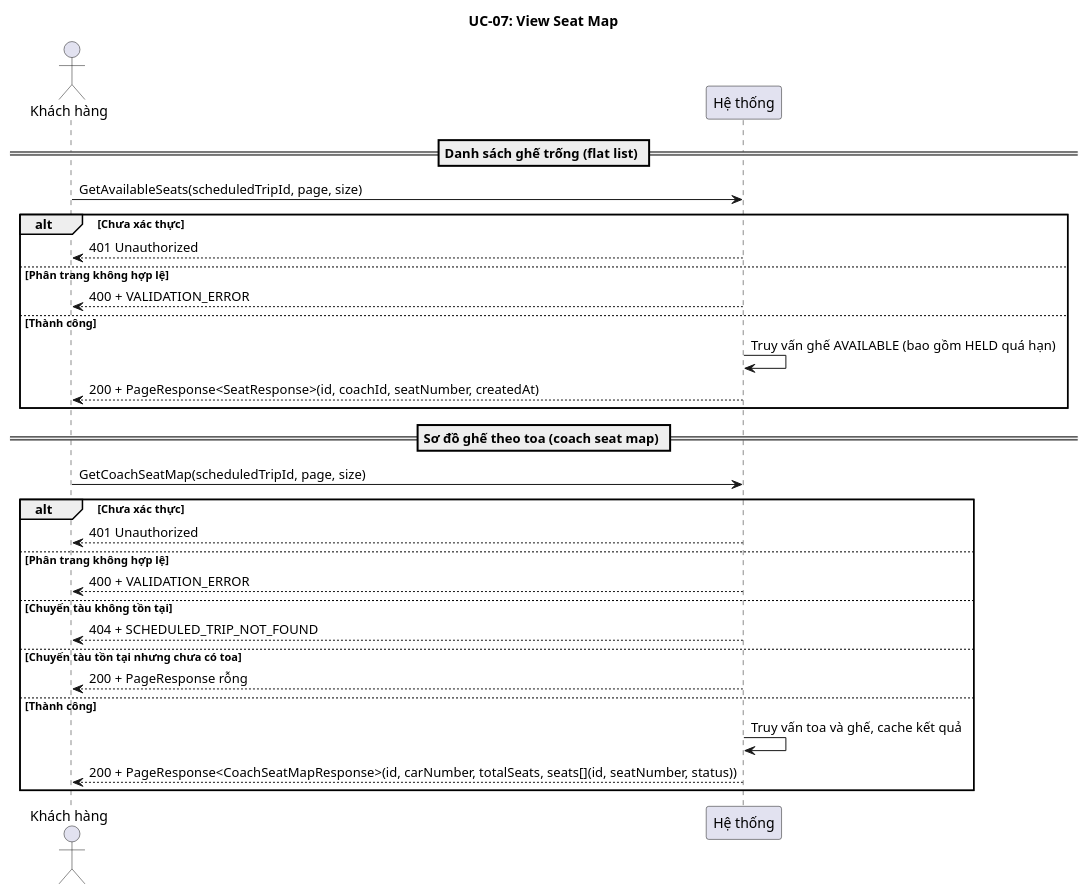
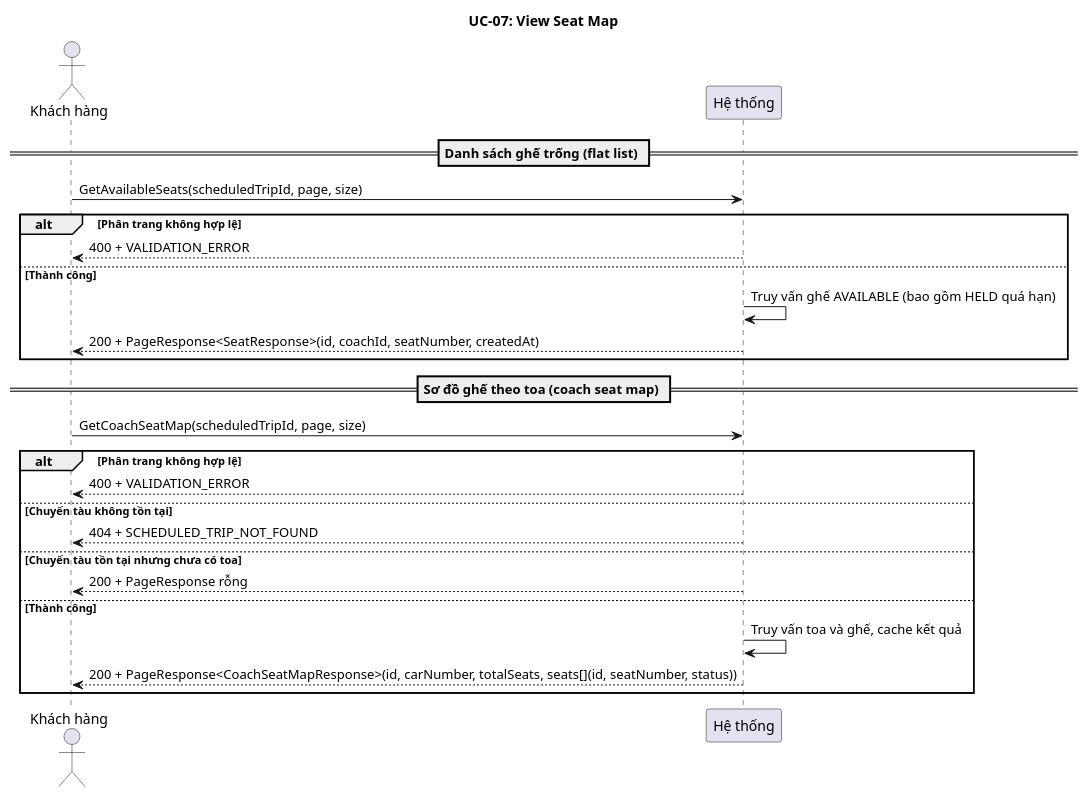
Before and after one commit to Phunguy65/train-ticket-booking-system-plus: the first of 5 diagrams in docs/usecases/UC-07-xem-so-do-ghe-chuyen-tau.md, drawn with PlantUML. The commit also changed other lines of this file and 6 other files, not shown here.

````diff
--- a/docs/usecases/UC-07-xem-so-do-ghe-chuyen-tau.md
+++ b/docs/usecases/UC-07-xem-so-do-ghe-chuyen-tau.md
@@ -20,36 +20,32 @@
 ```plantuml
 @startuml UC-07
 title UC-07: View Seat Map
 
 actor "Khách hàng" as Actor
 participant "Hệ thống" as API
 
 == Danh sách ghế trống (flat list) ==
 
 Actor -> API: GetAvailableSeats(scheduledTripId, page, size)
-alt Chưa xác thực
-    API --> Actor: 401 Unauthorized
-else Phân trang không hợp lệ
+alt Phân trang không hợp lệ
     API --> Actor: 400 + VALIDATION_ERROR
 else Thành công
     API -> API: Truy vấn ghế AVAILABLE (bao gồm HELD quá hạn)
     API --> Actor: 200 + PageResponse<SeatResponse>(id, coachId, seatNumber, createdAt)
 end
 
 == Sơ đồ ghế theo toa (coach seat map) ==
 
 Actor -> API: GetCoachSeatMap(scheduledTripId, page, size)
-alt Chưa xác thực
-    API --> Actor: 401 Unauthorized
-else Phân trang không hợp lệ
+alt Phân trang không hợp lệ
     API --> Actor: 400 + VALIDATION_ERROR
 else Chuyến tàu không tồn tại
     API --> Actor: 404 + SCHEDULED_TRIP_NOT_FOUND
 else Chuyến tàu tồn tại nhưng chưa có toa
     API --> Actor: 200 + PageResponse rỗng
 else Thành công
     API -> API: Truy vấn toa và ghế, cache kết quả
     API --> Actor: 200 + PageResponse<CoachSeatMapResponse>(id, carNumber, totalSeats, seats[](id, seatNumber, status))
 end
 @enduml
 ```
````
